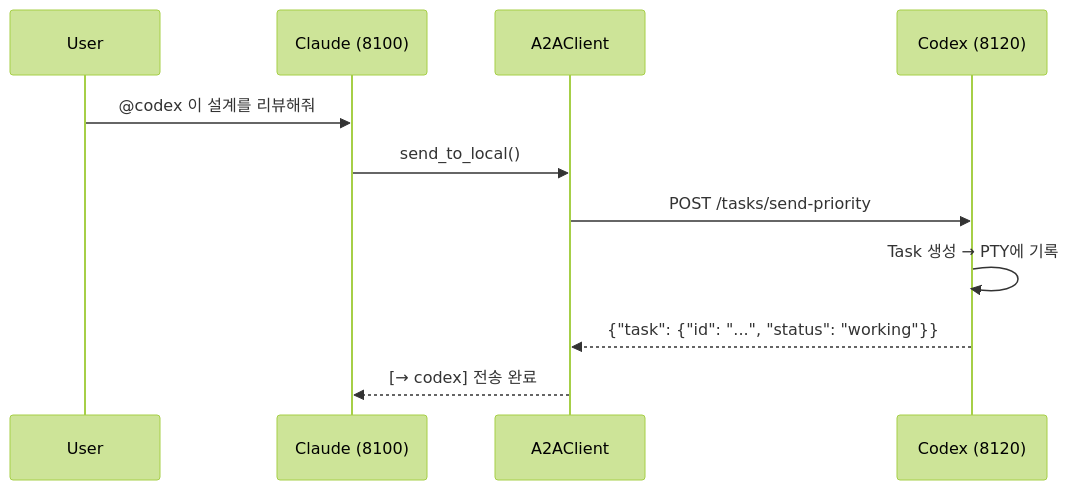
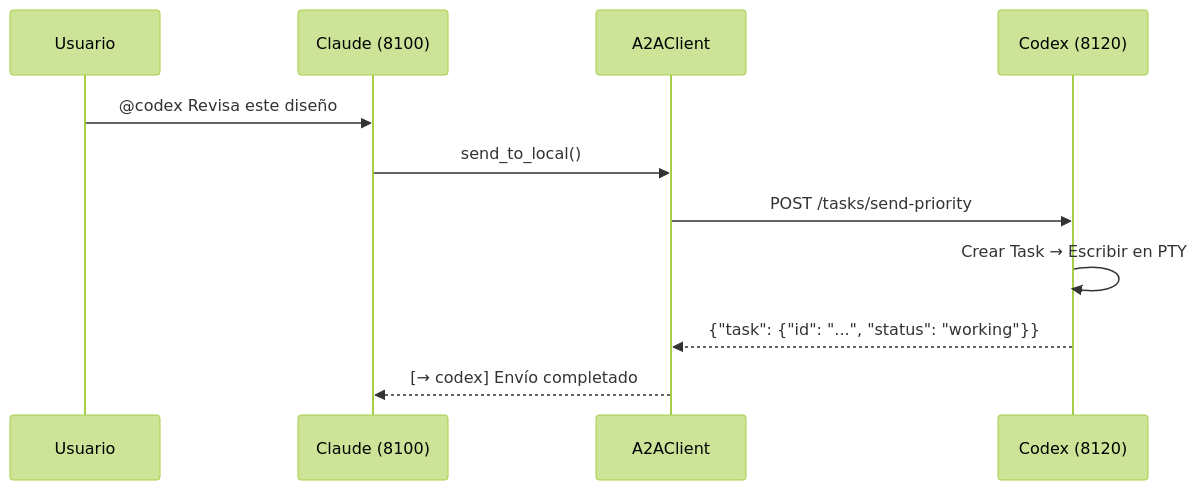
Before and after one commit to s-hiraoku/synapse-a2a: the third of 5 diagrams in README.ko.md, drawn with Mermaid (forest theme). The commit also changed other lines of this file and 1 other file, not shown here.

````diff
--- a/README.ko.md
+++ b/README.ko.md
@@ -446,14 +493,14 @@
 ```mermaid
 sequenceDiagram
-    participant User
+    participant User as Usuario
     participant Claude as Claude (8100)
     participant Client as A2AClient
     participant Codex as Codex (8120)
 
-    User->>Claude: @codex 이 설계를 리뷰해줘
+    User->>Claude: @codex Revisa este diseño
     Claude->>Client: send_to_local()
     Client->>Codex: POST /tasks/send-priority
-    Codex->>Codex: Task 생성 → PTY에 기록
+    Codex->>Codex: Crear Task → Escribir en PTY
     Codex-->>Client: {"task": {"id": "...", "status": "working"}}
-    Client-->>Claude: [→ codex] 전송 완료
+    Client-->>Claude: [→ codex] Envío completado
 ```
````
